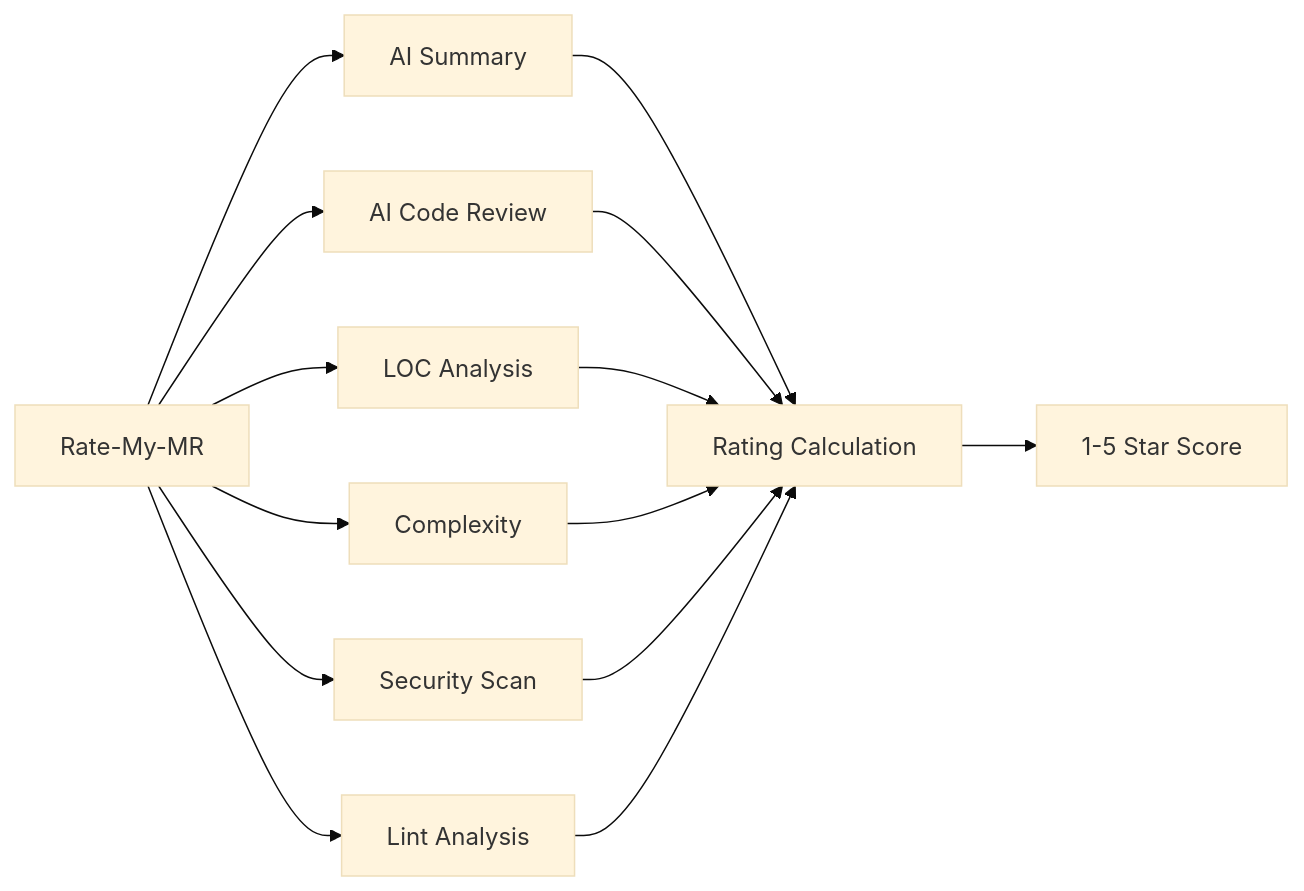
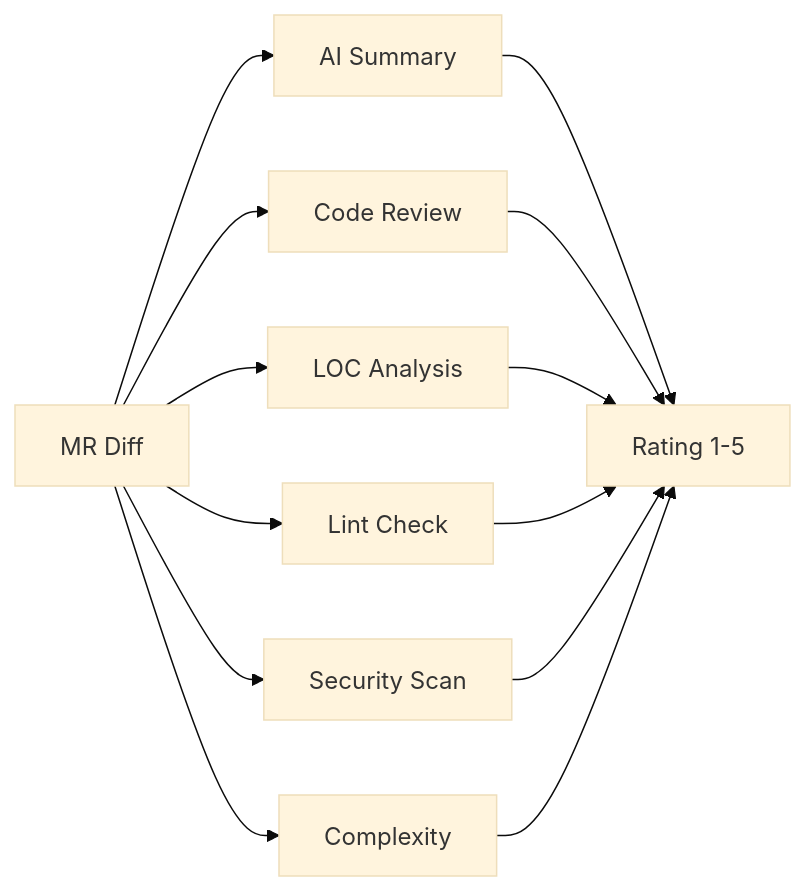
One commit to vigneshpalanivelr/commit-validator changed the diagram in README.md. Above: the diagram before and after it, drawn with Mermaid (base theme). The commit also changed other lines of this file and 7 other files, not shown here.

````diff
--- a/README.md
+++ b/README.md
@@ -547,16 +163,10 @@
 ```mermaid
 flowchart LR
-    A[Rate-My-MR] --> B[AI Summary]
-    A --> C[AI Code Review]
+    A[MR Diff] --> B[AI Summary]
+    A --> C[Code Review]
     A --> D[LOC Analysis]
-    A --> E[Complexity]
+    A --> E[Lint Check]
     A --> F[Security Scan]
-    A --> G[Lint Analysis]
-    B --> H[Rating Calculation]
-    C --> H
-    D --> H
-    E --> H
-    F --> H
-    G --> H
-    H --> I[1-5 Star Score]
+    A --> G[Complexity]
+    B & C & D & E & F & G --> H[Rating 1-5]
 ```
````
